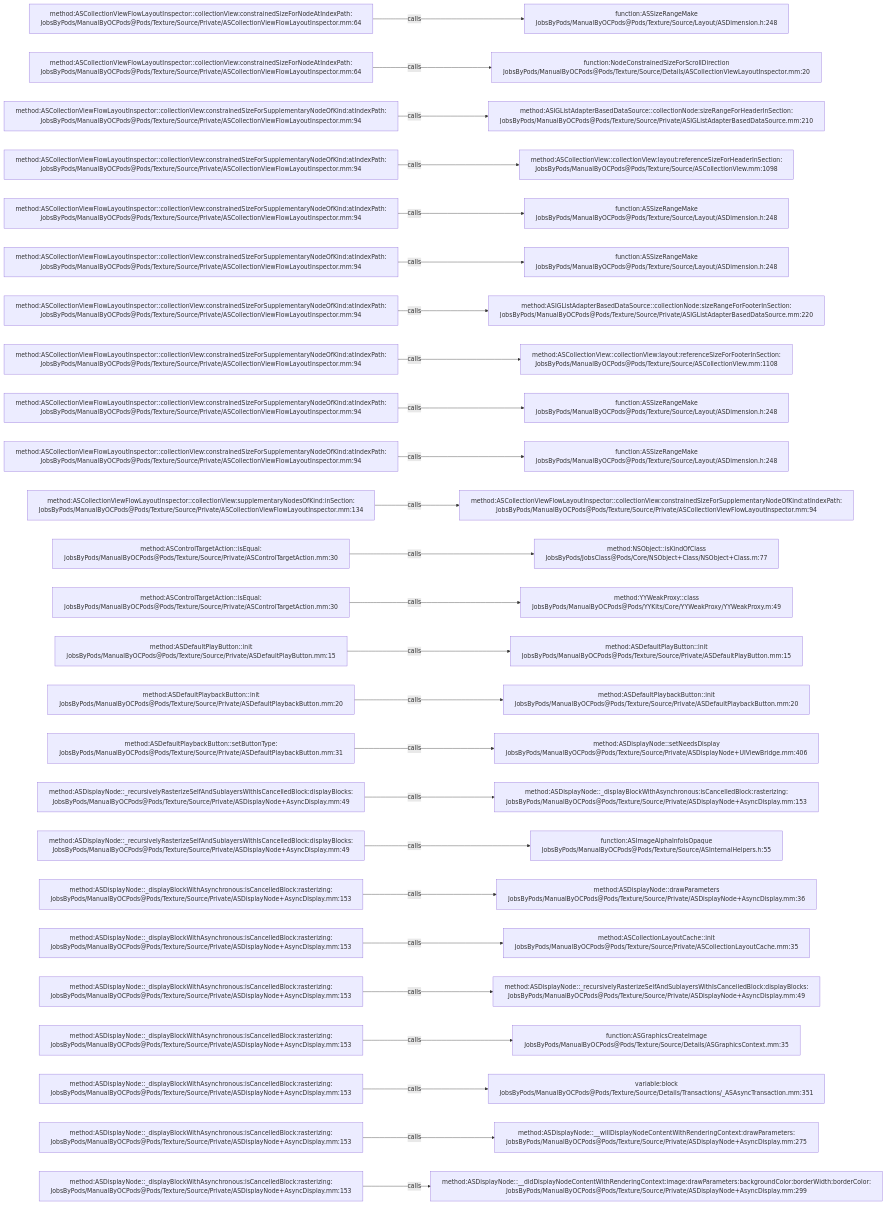
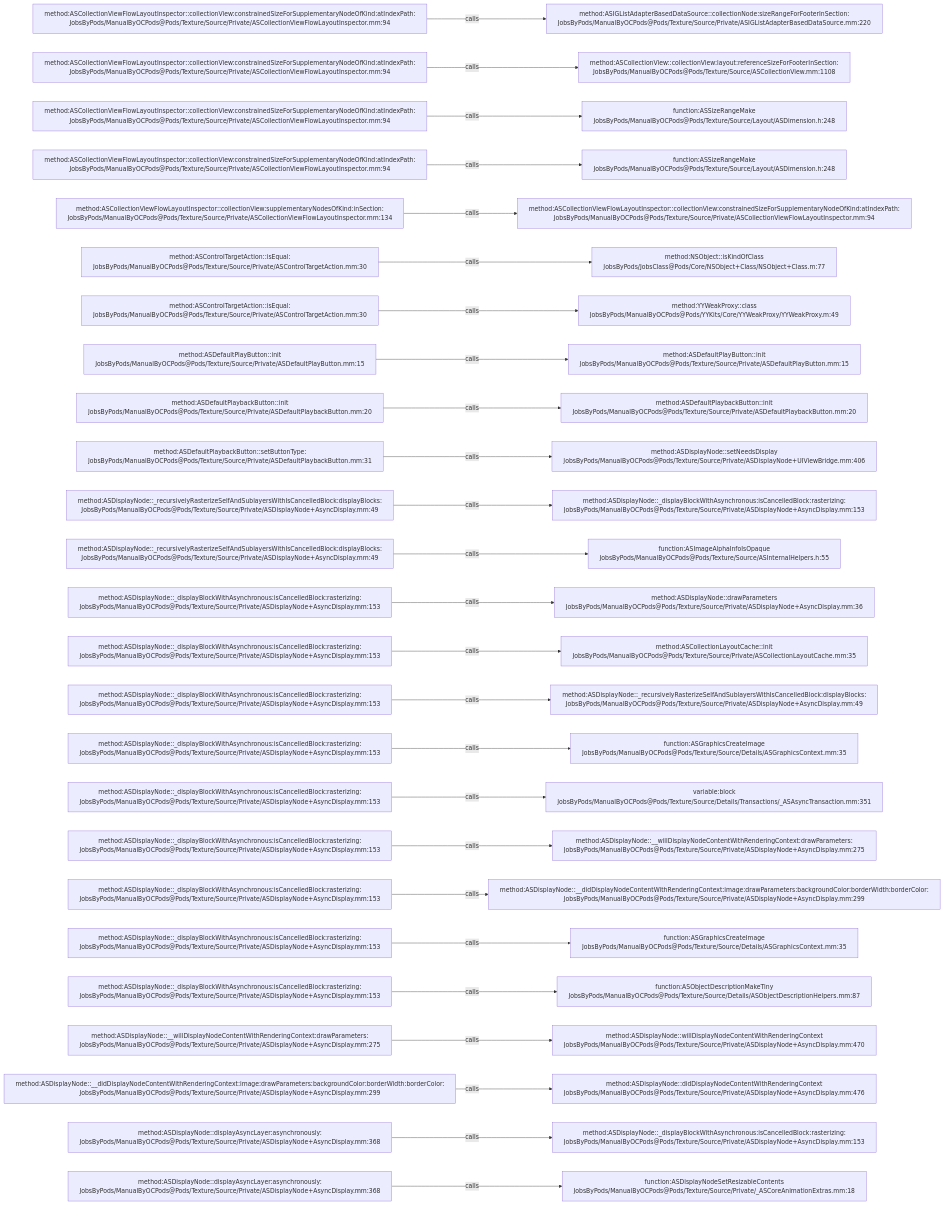
The diagram in .codegraph/codegraph.md/graphs/calls-178.md (JobsKits/JobsOCBaseConfigDemo), drawn with Mermaid before and after one commit. The commit also changed 666 other files, not shown here.

````diff
--- a/.codegraph/codegraph.md/graphs/calls-178.md
+++ b/.codegraph/codegraph.md/graphs/calls-178.md
@@ -13,78 +13,78 @@
 ```mermaid
 flowchart LR
-  S1["method:ASCollectionViewFlowLayoutInspector::collectionView:constrainedSizeForNodeAtIndexPath:<br/>JobsByPods/ManualByOCPods@Pods/Texture/Source/Private/ASCollectionViewFlowLayoutInspector.mm:64"]
-  T1["function:ASSizeRangeMake<br/>JobsByPods/ManualByOCPods@Pods/Texture/Source/Layout/ASDimension.h:248"]
+  S1["method:ASCollectionViewFlowLayoutInspector::collectionView:constrainedSizeForSupplementaryNodeOfKind:atIndexPath:<br/>JobsByPods/ManualByOCPods@Pods/Texture/Source/Private/ASCollectionViewFlowLayoutInspector.mm:94"]
+  T1["method:ASIGListAdapterBasedDataSource::collectionNode:sizeRangeForFooterInSection:<br/>JobsByPods/ManualByOCPods@Pods/Texture/Source/Private/ASIGListAdapterBasedDataSource.mm:220"]
   S1 -->|calls| T1
-  S2["method:ASCollectionViewFlowLayoutInspector::collectionView:constrainedSizeForNodeAtIndexPath:<br/>JobsByPods/ManualByOCPods@Pods/Texture/Source/Private/ASCollectionViewFlowLayoutInspector.mm:64"]
-  T2["function:NodeConstrainedSizeForScrollDirection<br/>JobsByPods/ManualByOCPods@Pods/Texture/Source/Details/ASCollectionViewLayoutInspector.mm:20"]
+  S2["method:ASCollectionViewFlowLayoutInspector::collectionView:constrainedSizeForSupplementaryNodeOfKind:atIndexPath:<br/>JobsByPods/ManualByOCPods@Pods/Texture/Source/Private/ASCollectionViewFlowLayoutInspector.mm:94"]
+  T2["method:ASCollectionView::collectionView:layout:referenceSizeForFooterInSection:<br/>JobsByPods/ManualByOCPods@Pods/Texture/Source/ASCollectionView.mm:1108"]
   S2 -->|calls| T2
   S3["method:ASCollectionViewFlowLayoutInspector::collectionView:constrainedSizeForSupplementaryNodeOfKind:atIndexPath:<br/>JobsByPods/ManualByOCPods@Pods/Texture/Source/Private/ASCollectionViewFlowLayoutInspector.mm:94"]
-  T3["method:ASIGListAdapterBasedDataSource::collectionNode:sizeRangeForHeaderInSection:<br/>JobsByPods/ManualByOCPods@Pods/Texture/Source/Private/ASIGListAdapterBasedDataSource.mm:210"]
+  T3["function:ASSizeRangeMake<br/>JobsByPods/ManualByOCPods@Pods/Texture/Source/Layout/ASDimension.h:248"]
   S3 -->|calls| T3
   S4["method:ASCollectionViewFlowLayoutInspector::collectionView:constrainedSizeForSupplementaryNodeOfKind:atIndexPath:<br/>JobsByPods/ManualByOCPods@Pods/Texture/Source/Private/ASCollectionViewFlowLayoutInspector.mm:94"]
-  T4["method:ASCollectionView::collectionView:layout:referenceSizeForHeaderInSection:<br/>JobsByPods/ManualByOCPods@Pods/Texture/Source/ASCollectionView.mm:1098"]
+  T4["function:ASSizeRangeMake<br/>JobsByPods/ManualByOCPods@Pods/Texture/Source/Layout/ASDimension.h:248"]
   S4 -->|calls| T4
-  S5["method:ASCollectionViewFlowLayoutInspector::collectionView:constrainedSizeForSupplementaryNodeOfKind:atIndexPath:<br/>JobsByPods/ManualByOCPods@Pods/Texture/Source/Private/ASCollectionViewFlowLayoutInspector.mm:94"]
-  T5["function:ASSizeRangeMake<br/>JobsByPods/ManualByOCPods@Pods/Texture/Source/Layout/ASDimension.h:248"]
+  S5["method:ASCollectionViewFlowLayoutInspector::collectionView:supplementaryNodesOfKind:inSection:<br/>JobsByPods/ManualByOCPods@Pods/Texture/Source/Private/ASCollectionViewFlowLayoutInspector.mm:134"]
+  T5["method:ASCollectionViewFlowLayoutInspector::collectionView:constrainedSizeForSupplementaryNodeOfKind:atIndexPath:<br/>JobsByPods/ManualByOCPods@Pods/Texture/Source/Private/ASCollectionViewFlowLayoutInspector.mm:94"]
   S5 -->|calls| T5
-  S6["method:ASCollectionViewFlowLayoutInspector::collectionView:constrainedSizeForSupplementaryNodeOfKind:atIndexPath:<br/>JobsByPods/ManualByOCPods@Pods/Texture/Source/Private/ASCollectionViewFlowLayoutInspector.mm:94"]
-  T6["function:ASSizeRangeMake<br/>JobsByPods/ManualByOCPods@Pods/Texture/Source/Layout/ASDimension.h:248"]
+  S6["method:ASControlTargetAction::isEqual:<br/>JobsByPods/ManualByOCPods@Pods/Texture/Source/Private/ASControlTargetAction.mm:30"]
+  T6["method:NSObject::isKindOfClass<br/>JobsByPods/JobsClass@Pods/Core/NSObject+Class/NSObject+Class.m:77"]
   S6 -->|calls| T6
-  S7["method:ASCollectionViewFlowLayoutInspector::collectionView:constrainedSizeForSupplementaryNodeOfKind:atIndexPath:<br/>JobsByPods/ManualByOCPods@Pods/Texture/Source/Private/ASCollectionViewFlowLayoutInspector.mm:94"]
-  T7["method:ASIGListAdapterBasedDataSource::collectionNode:sizeRangeForFooterInSection:<br/>JobsByPods/ManualByOCPods@Pods/Texture/Source/Private/ASIGListAdapterBasedDataSource.mm:220"]
+  S7["method:ASControlTargetAction::isEqual:<br/>JobsByPods/ManualByOCPods@Pods/Texture/Source/Private/ASControlTargetAction.mm:30"]
+  T7["method:YYWeakProxy::class<br/>JobsByPods/ManualByOCPods@Pods/YYKits/Core/YYWeakProxy/YYWeakProxy.m:49"]
   S7 -->|calls| T7
-  S8["method:ASCollectionViewFlowLayoutInspector::collectionView:constrainedSizeForSupplementaryNodeOfKind:atIndexPath:<br/>JobsByPods/ManualByOCPods@Pods/Texture/Source/Private/ASCollectionViewFlowLayoutInspector.mm:94"]
-  T8["method:ASCollectionView::collectionView:layout:referenceSizeForFooterInSection:<br/>JobsByPods/ManualByOCPods@Pods/Texture/Source/ASCollectionView.mm:1108"]
+  S8["method:ASDefaultPlayButton::init<br/>JobsByPods/ManualByOCPods@Pods/Texture/Source/Private/ASDefaultPlayButton.mm:15"]
+  T8["method:ASDefaultPlayButton::init<br/>JobsByPods/ManualByOCPods@Pods/Texture/Source/Private/ASDefaultPlayButton.mm:15"]
   S8 -->|calls| T8
-  S9["method:ASCollectionViewFlowLayoutInspector::collectionView:constrainedSizeForSupplementaryNodeOfKind:atIndexPath:<br/>JobsByPods/ManualByOCPods@Pods/Texture/Source/Private/ASCollectionViewFlowLayoutInspector.mm:94"]
-  T9["function:ASSizeRangeMake<br/>JobsByPods/ManualByOCPods@Pods/Texture/Source/Layout/ASDimension.h:248"]
+  S9["method:ASDefaultPlaybackButton::init<br/>JobsByPods/ManualByOCPods@Pods/Texture/Source/Private/ASDefaultPlaybackButton.mm:20"]
+  T9["method:ASDefaultPlaybackButton::init<br/>JobsByPods/ManualByOCPods@Pods/Texture/Source/Private/ASDefaultPlaybackButton.mm:20"]
   S9 -->|calls| T9
-  S10["method:ASCollectionViewFlowLayoutInspector::collectionView:constrainedSizeForSupplementaryNodeOfKind:atIndexPath:<br/>JobsByPods/ManualByOCPods@Pods/Texture/Source/Private/ASCollectionViewFlowLayoutInspector.mm:94"]
-  T10["function:ASSizeRangeMake<br/>JobsByPods/ManualByOCPods@Pods/Texture/Source/Layout/ASDimension.h:248"]
+  S10["method:ASDefaultPlaybackButton::setButtonType:<br/>JobsByPods/ManualByOCPods@Pods/Texture/Source/Private/ASDefaultPlaybackButton.mm:31"]
+  T10["method:ASDisplayNode::setNeedsDisplay<br/>JobsByPods/ManualByOCPods@Pods/Texture/Source/Private/ASDisplayNode+UIViewBridge.mm:406"]
   S10 -->|calls| T10
-  S11["method:ASCollectionViewFlowLayoutInspector::collectionView:supplementaryNodesOfKind:inSection:<br/>JobsByPods/ManualByOCPods@Pods/Texture/Source/Private/ASCollectionViewFlowLayoutInspector.mm:134"]
-  T11["method:ASCollectionViewFlowLayoutInspector::collectionView:constrainedSizeForSupplementaryNodeOfKind:atIndexPath:<br/>JobsByPods/ManualByOCPods@Pods/Texture/Source/Private/ASCollectionViewFlowLayoutInspector.mm:94"]
+  S11["method:ASDisplayNode::_recursivelyRasterizeSelfAndSublayersWithIsCancelledBlock:displayBlocks:<br/>JobsByPods/ManualByOCPods@Pods/Texture/Source/Private/ASDisplayNode+AsyncDisplay.mm:49"]
+  T11["method:ASDisplayNode::_displayBlockWithAsynchronous:isCancelledBlock:rasterizing:<br/>JobsByPods/ManualByOCPods@Pods/Texture/Source/Private/ASDisplayNode+AsyncDisplay.mm:153"]
   S11 -->|calls| T11
-  S12["method:ASControlTargetAction::isEqual:<br/>JobsByPods/ManualByOCPods@Pods/Texture/Source/Private/ASControlTargetAction.mm:30"]
-  T12["method:NSObject::isKindOfClass<br/>JobsByPods/JobsClass@Pods/Core/NSObject+Class/NSObject+Class.m:77"]
+  S12["method:ASDisplayNode::_recursivelyRasterizeSelfAndSublayersWithIsCancelledBlock:displayBlocks:<br/>JobsByPods/ManualByOCPods@Pods/Texture/Source/Private/ASDisplayNode+AsyncDisplay.mm:49"]
+  T12["function:ASImageAlphaInfoIsOpaque<br/>JobsByPods/ManualByOCPods@Pods/Texture/Source/ASInternalHelpers.h:55"]
   S12 -->|calls| T12
-  S13["method:ASControlTargetAction::isEqual:<br/>JobsByPods/ManualByOCPods@Pods/Texture/Source/Private/ASControlTargetAction.mm:30"]
-  T13["method:YYWeakProxy::class<br/>JobsByPods/ManualByOCPods@Pods/YYKits/Core/YYWeakProxy/YYWeakProxy.m:49"]
+  S13["method:ASDisplayNode::_displayBlockWithAsynchronous:isCancelledBlock:rasterizing:<br/>JobsByPods/ManualByOCPods@Pods/Texture/Source/Private/ASDisplayNode+AsyncDisplay.mm:153"]
+  T13["method:ASDisplayNode::drawParameters<br/>JobsByPods/ManualByOCPods@Pods/Texture/Source/Private/ASDisplayNode+AsyncDisplay.mm:36"]
   S13 -->|calls| T13
-  S14["method:ASDefaultPlayButton::init<br/>JobsByPods/ManualByOCPods@Pods/Texture/Source/Private/ASDefaultPlayButton.mm:15"]
-  T14["method:ASDefaultPlayButton::init<br/>JobsByPods/ManualByOCPods@Pods/Texture/Source/Private/ASDefaultPlayButton.mm:15"]
+  S14["method:ASDisplayNode::_displayBlockWithAsynchronous:isCancelledBlock:rasterizing:<br/>JobsByPods/ManualByOCPods@Pods/Texture/Source/Private/ASDisplayNode+AsyncDisplay.mm:153"]
+  T14["method:ASCollectionLayoutCache::init<br/>JobsByPods/ManualByOCPods@Pods/Texture/Source/Private/ASCollectionLayoutCache.mm:35"]
   S14 -->|calls| T14
-  S15["method:ASDefaultPlaybackButton::init<br/>JobsByPods/ManualByOCPods@Pods/Texture/Source/Private/ASDefaultPlaybackButton.mm:20"]
-  T15["method:ASDefaultPlaybackButton::init<br/>JobsByPods/ManualByOCPods@Pods/Texture/Source/Private/ASDefaultPlaybackButton.mm:20"]
+  S15["method:ASDisplayNode::_displayBlockWithAsynchronous:isCancelledBlock:rasterizing:<br/>JobsByPods/ManualByOCPods@Pods/Texture/Source/Private/ASDisplayNode+AsyncDisplay.mm:153"]
+  T15["method:ASDisplayNode::_recursivelyRasterizeSelfAndSublayersWithIsCancelledBlock:displayBlocks:<br/>JobsByPods/ManualByOCPods@Pods/Texture/Source/Private/ASDisplayNode+AsyncDisplay.mm:49"]
   S15 -->|calls| T15
-  S16["method:ASDefaultPlaybackButton::setButtonType:<br/>JobsByPods/ManualByOCPods@Pods/Texture/Source/Private/ASDefaultPlaybackButton.mm:31"]
-  T16["method:ASDisplayNode::setNeedsDisplay<br/>JobsByPods/ManualByOCPods@Pods/Texture/Source/Private/ASDisplayNode+UIViewBridge.mm:406"]
+  S16["method:ASDisplayNode::_displayBlockWithAsynchronous:isCancelledBlock:rasterizing:<br/>JobsByPods/ManualByOCPods@Pods/Texture/Source/Private/ASDisplayNode+AsyncDisplay.mm:153"]
+  T16["function:ASGraphicsCreateImage<br/>JobsByPods/ManualByOCPods@Pods/Texture/Source/Details/ASGraphicsContext.mm:35"]
   S16 -->|calls| T16
-  S17["method:ASDisplayNode::_recursivelyRasterizeSelfAndSublayersWithIsCancelledBlock:displayBlocks:<br/>JobsByPods/ManualByOCPods@Pods/Texture/Source/Private/ASDisplayNode+AsyncDisplay.mm:49"]
-  T17["method:ASDisplayNode::_displayBlockWithAsynchronous:isCancelledBlock:rasterizing:<br/>JobsByPods/ManualByOCPods@Pods/Texture/Source/Private/ASDisplayNode+AsyncDisplay.mm:153"]
+  S17["method:ASDisplayNode::_displayBlockWithAsynchronous:isCancelledBlock:rasterizing:<br/>JobsByPods/ManualByOCPods@Pods/Texture/Source/Private/ASDisplayNode+AsyncDisplay.mm:153"]
+  T17["variable:block<br/>JobsByPods/ManualByOCPods@Pods/Texture/Source/Details/Transactions/_ASAsyncTransaction.mm:351"]
   S17 -->|calls| T17
-  S18["method:ASDisplayNode::_recursivelyRasterizeSelfAndSublayersWithIsCancelledBlock:displayBlocks:<br/>JobsByPods/ManualByOCPods@Pods/Texture/Source/Private/ASDisplayNode+AsyncDisplay.mm:49"]
-  T18["function:ASImageAlphaInfoIsOpaque<br/>JobsByPods/ManualByOCPods@Pods/Texture/Source/ASInternalHelpers.h:55"]
+  S18["method:ASDisplayNode::_displayBlockWithAsynchronous:isCancelledBlock:rasterizing:<br/>JobsByPods/ManualByOCPods@Pods/Texture/Source/Private/ASDisplayNode+AsyncDisplay.mm:153"]
+  T18["method:ASDisplayNode::__willDisplayNodeContentWithRenderingContext:drawParameters:<br/>JobsByPods/ManualByOCPods@Pods/Texture/Source/Private/ASDisplayNode+AsyncDisplay.mm:275"]
   S18 -->|calls| T18
   S19["method:ASDisplayNode::_displayBlockWithAsynchronous:isCancelledBlock:rasterizing:<br/>JobsByPods/ManualByOCPods@Pods/Texture/Source/Private/ASDisplayNode+AsyncDisplay.mm:153"]
-  T19["method:ASDisplayNode::drawParameters<br/>JobsByPods/ManualByOCPods@Pods/Texture/Source/Private/ASDisplayNode+AsyncDisplay.mm:36"]
+  T19["method:ASDisplayNode::__didDisplayNodeContentWithRenderingContext:image:drawParameters:backgroundColor:borderWidth:borderColor:<br/>JobsByPods/ManualByOCPods@Pods/Texture/Source/Private/ASDisplayNode+AsyncDisplay.mm:299"]
   S19 -->|calls| T19
   S20["method:ASDisplayNode::_displayBlockWithAsynchronous:isCancelledBlock:rasterizing:<br/>JobsByPods/ManualByOCPods@Pods/Texture/Source/Private/ASDisplayNode+AsyncDisplay.mm:153"]
-  T20["method:ASCollectionLayoutCache::init<br/>JobsByPods/ManualByOCPods@Pods/Texture/Source/Private/ASCollectionLayoutCache.mm:35"]
+  T20["function:ASGraphicsCreateImage<br/>JobsByPods/ManualByOCPods@Pods/Texture/Source/Details/ASGraphicsContext.mm:35"]
   S20 -->|calls| T20
   S21["method:ASDisplayNode::_displayBlockWithAsynchronous:isCancelledBlock:rasterizing:<br/>JobsByPods/ManualByOCPods@Pods/Texture/Source/Private/ASDisplayNode+AsyncDisplay.mm:153"]
-  T21["method:ASDisplayNode::_recursivelyRasterizeSelfAndSublayersWithIsCancelledBlock:displayBlocks:<br/>JobsByPods/ManualByOCPods@Pods/Texture/Source/Private/ASDisplayNode+AsyncDisplay.mm:49"]
+  T21["function:ASObjectDescriptionMakeTiny<br/>JobsByPods/ManualByOCPods@Pods/Texture/Source/Details/ASObjectDescriptionHelpers.mm:87"]
   S21 -->|calls| T21
-  S22["method:ASDisplayNode::_displayBlockWithAsynchronous:isCancelledBlock:rasterizing:<br/>JobsByPods/ManualByOCPods@Pods/Texture/Source/Private/ASDisplayNode+AsyncDisplay.mm:153"]
-  T22["function:ASGraphicsCreateImage<br/>JobsByPods/ManualByOCPods@Pods/Texture/Source/Details/ASGraphicsContext.mm:35"]
+  S22["method:ASDisplayNode::__willDisplayNodeContentWithRenderingContext:drawParameters:<br/>JobsByPods/ManualByOCPods@Pods/Texture/Source/Private/ASDisplayNode+AsyncDisplay.mm:275"]
+  T22["method:ASDisplayNode::willDisplayNodeContentWithRenderingContext<br/>JobsByPods/ManualByOCPods@Pods/Texture/Source/Private/ASDisplayNode+AsyncDisplay.mm:470"]
   S22 -->|calls| T22
-  S23["method:ASDisplayNode::_displayBlockWithAsynchronous:isCancelledBlock:rasterizing:<br/>JobsByPods/ManualByOCPods@Pods/Texture/Source/Private/ASDisplayNode+AsyncDisplay.mm:153"]
-  T23["variable:block<br/>JobsByPods/ManualByOCPods@Pods/Texture/Source/Details/Transactions/_ASAsyncTransaction.mm:351"]
+  S23["method:ASDisplayNode::__didDisplayNodeContentWithRenderingContext:image:drawParameters:backgroundColor:borderWidth:borderColor:<br/>JobsByPods/ManualByOCPods@Pods/Texture/Source/Private/ASDisplayNode+AsyncDisplay.mm:299"]
+  T23["method:ASDisplayNode::didDisplayNodeContentWithRenderingContext<br/>JobsByPods/ManualByOCPods@Pods/Texture/Source/Private/ASDisplayNode+AsyncDisplay.mm:476"]
   S23 -->|calls| T23
-  S24["method:ASDisplayNode::_displayBlockWithAsynchronous:isCancelledBlock:rasterizing:<br/>JobsByPods/ManualByOCPods@Pods/Texture/Source/Private/ASDisplayNode+AsyncDisplay.mm:153"]
-  T24["method:ASDisplayNode::__willDisplayNodeContentWithRenderingContext:drawParameters:<br/>JobsByPods/ManualByOCPods@Pods/Texture/Source/Private/ASDisplayNode+AsyncDisplay.mm:275"]
+  S24["method:ASDisplayNode::displayAsyncLayer:asynchronously:<br/>JobsByPods/ManualByOCPods@Pods/Texture/Source/Private/ASDisplayNode+AsyncDisplay.mm:368"]
+  T24["method:ASDisplayNode::_displayBlockWithAsynchronous:isCancelledBlock:rasterizing:<br/>JobsByPods/ManualByOCPods@Pods/Texture/Source/Private/ASDisplayNode+AsyncDisplay.mm:153"]
   S24 -->|calls| T24
-  S25["method:ASDisplayNode::_displayBlockWithAsynchronous:isCancelledBlock:rasterizing:<br/>JobsByPods/ManualByOCPods@Pods/Texture/Source/Private/ASDisplayNode+AsyncDisplay.mm:153"]
-  T25["method:ASDisplayNode::__didDisplayNodeContentWithRenderingContext:image:drawParameters:backgroundColor:borderWidth:borderColor:<br/>JobsByPods/ManualByOCPods@Pods/Texture/Source/Private/ASDisplayNode+AsyncDisplay.mm:299"]
+  S25["method:ASDisplayNode::displayAsyncLayer:asynchronously:<br/>JobsByPods/ManualByOCPods@Pods/Texture/Source/Private/ASDisplayNode+AsyncDisplay.mm:368"]
+  T25["function:ASDisplayNodeSetResizableContents<br/>JobsByPods/ManualByOCPods@Pods/Texture/Source/Private/_ASCoreAnimationExtras.mm:18"]
   S25 -->|calls| T25
 ```
````
